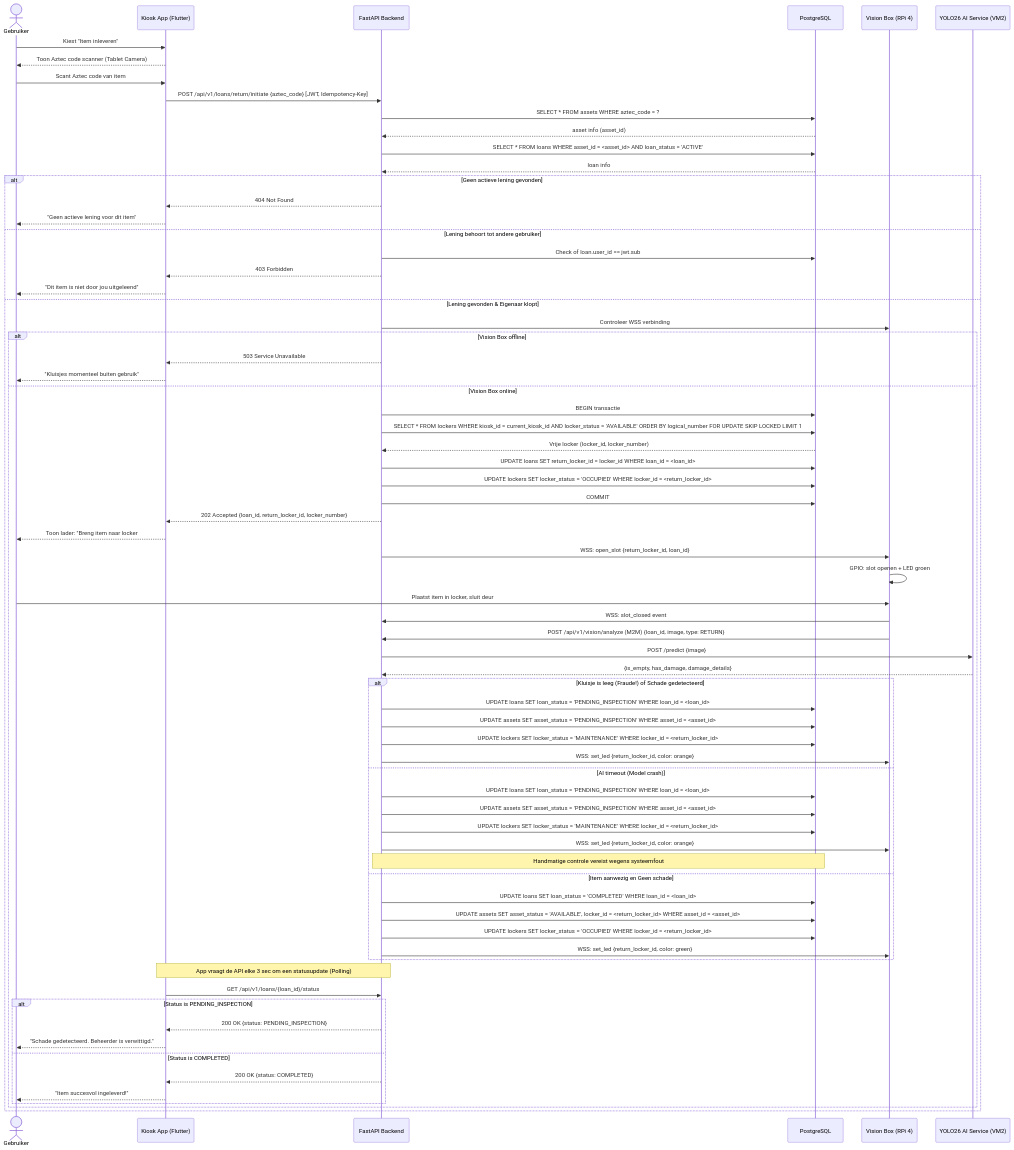
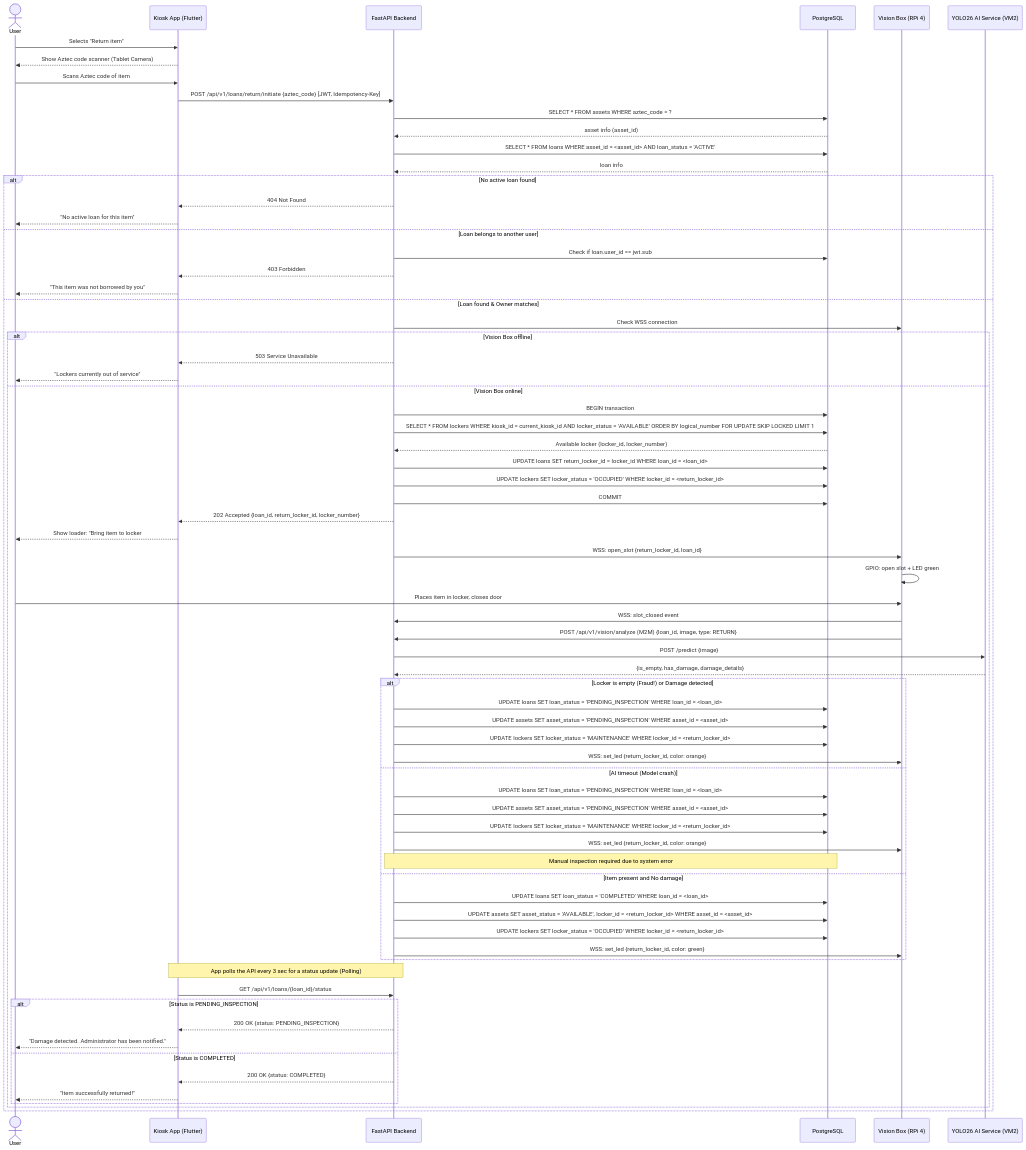
Before and after one commit to easylend-practice-enterprise/easylend: the diagram in docs/diagrams/sequence_return.mmd, drawn with Mermaid. The commit also changed 39 other files, not shown here.

```diff
--- a/docs/diagrams/sequence_return.mmd
+++ b/docs/diagrams/sequence_return.mmd
@@ -1,78 +1,78 @@
 sequenceDiagram
-    actor User as Gebruiker
+    actor User as User
     participant App as Kiosk App (Flutter)
     participant API as FastAPI Backend
     participant DB as PostgreSQL
     participant VB as Vision Box (RPi 4)
     participant AI as YOLO26 AI Service (VM2)
 
-    User->>App: Kiest "Item inleveren"
-    App-->>User: Toon Aztec code scanner (Tablet Camera)
-    User->>App: Scant Aztec code van item
+    User->>App: Selects "Return item"
+    App-->>User: Show Aztec code scanner (Tablet Camera)
+    User->>App: Scans Aztec code of item
     App->>API: POST /api/v1/loans/return/initiate {aztec_code} [JWT, Idempotency-Key]
     API->>DB: SELECT * FROM assets WHERE aztec_code = ?
     DB-->>API: asset info (asset_id)
     API->>DB: SELECT * FROM loans WHERE asset_id = <asset_id> AND loan_status = 'ACTIVE'
     DB-->>API: loan info
 
-    alt Geen actieve lening gevonden
+    alt No active loan found
         API-->>App: 404 Not Found
-        App-->>User: "Geen actieve lening voor dit item"
-    else Lening behoort tot andere gebruiker
-        API->>DB: Check of loan.user_id == jwt.sub
+        App-->>User: "No active loan for this item"
+    else Loan belongs to another user
+        API->>DB: Check if loan.user_id == jwt.sub
         API-->>App: 403 Forbidden
-        App-->>User: "Dit item is niet door jou uitgeleend"
-    else Lening gevonden & Eigenaar klopt
-        API->>VB: Controleer WSS verbinding
+        App-->>User: "This item was not borrowed by you"
+    else Loan found & Owner matches
+        API->>VB: Check WSS connection
         alt Vision Box offline
             API-->>App: 503 Service Unavailable
-            App-->>User: "Kluisjes momenteel buiten gebruik"
+            App-->>User: "Lockers currently out of service"
         else Vision Box online
-            API->>DB: BEGIN transactie
+            API->>DB: BEGIN transaction
             API->>DB: SELECT * FROM lockers WHERE kiosk_id = current_kiosk_id AND locker_status = 'AVAILABLE' ORDER BY logical_number FOR UPDATE SKIP LOCKED LIMIT 1
-            DB-->>API: Vrije locker (locker_id, locker_number)
+            DB-->>API: Available locker (locker_id, locker_number)
             API->>DB: UPDATE loans SET return_locker_id = locker_id WHERE loan_id = <loan_id>
             API->>DB: UPDATE lockers SET locker_status = 'OCCUPIED' WHERE locker_id = <return_locker_id>
             API->>DB: COMMIT
             API-->>App: 202 Accepted {loan_id, return_locker_id, locker_number}
-            App-->>User: Toon lader: "Breng item naar locker #N"
+            App-->>User: Show loader: "Bring item to locker #N"
 
             API->>VB: WSS: open_slot {return_locker_id, loan_id}
-            VB->>VB: GPIO: slot openen + LED groen
-            User->>VB: Plaatst item in locker, sluit deur
+            VB->>VB: GPIO: open slot + LED green
+            User->>VB: Places item in locker, closes door
             VB->>API: WSS: slot_closed event
 
             VB->>API: POST /api/v1/vision/analyze (M2M) {loan_id, image, type: RETURN}
             API->>AI: POST /predict {image}
             AI-->>API: {is_empty, has_damage, damage_details}
 
-            alt Kluisje is leeg (Fraude!) of Schade gedetecteerd
+            alt Locker is empty (Fraud!) or Damage detected
                 API->>DB: UPDATE loans SET loan_status = 'PENDING_INSPECTION' WHERE loan_id = <loan_id>
                 API->>DB: UPDATE assets SET asset_status = 'PENDING_INSPECTION' WHERE asset_id = <asset_id>
                 API->>DB: UPDATE lockers SET locker_status = 'MAINTENANCE' WHERE locker_id = <return_locker_id>
                 API->>VB: WSS: set_led {return_locker_id, color: orange}
             else AI timeout (Model crash)
                 API->>DB: UPDATE loans SET loan_status = 'PENDING_INSPECTION' WHERE loan_id = <loan_id>
                 API->>DB: UPDATE assets SET asset_status = 'PENDING_INSPECTION' WHERE asset_id = <asset_id>
                 API->>DB: UPDATE lockers SET locker_status = 'MAINTENANCE' WHERE locker_id = <return_locker_id>
                 API->>VB: WSS: set_led {return_locker_id, color: orange}
-                Note over API,DB: Handmatige controle vereist wegens systeemfout
-            else Item aanwezig en Geen schade
+                Note over API,DB: Manual inspection required due to system error
+            else Item present and No damage
                 API->>DB: UPDATE loans SET loan_status = 'COMPLETED' WHERE loan_id = <loan_id>
                 API->>DB: UPDATE assets SET asset_status = 'AVAILABLE', locker_id = <return_locker_id> WHERE asset_id = <asset_id>
                 API->>DB: UPDATE lockers SET locker_status = 'OCCUPIED' WHERE locker_id = <return_locker_id>
                 API->>VB: WSS: set_led {return_locker_id, color: green}
             end
 
-            Note over App,API: App vraagt de API elke 3 sec om een statusupdate (Polling)
+            Note over App,API: App polls the API every 3 sec for a status update (Polling)
             App->>API: GET /api/v1/loans/{loan_id}/status
             
             alt Status is PENDING_INSPECTION
                 API-->>App: 200 OK {status: PENDING_INSPECTION}
-                App-->>User: "Schade gedetecteerd. Beheerder is verwittigd."
+                App-->>User: "Damage detected. Administrator has been notified."
             else Status is COMPLETED
                 API-->>App: 200 OK {status: COMPLETED}
-                App-->>User: "Item succesvol ingeleverd!"
+                App-->>User: "Item successfully returned!"
             end
         end
     end
```
